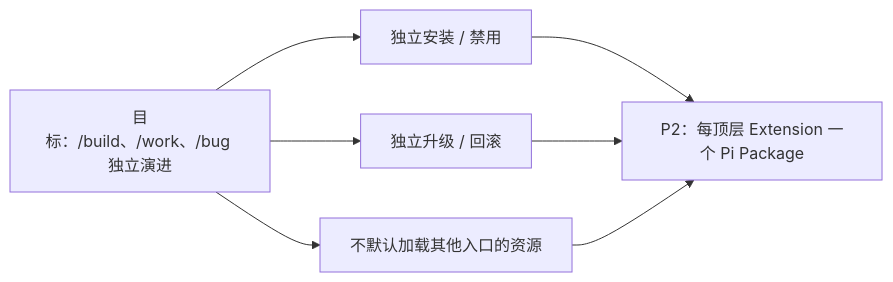
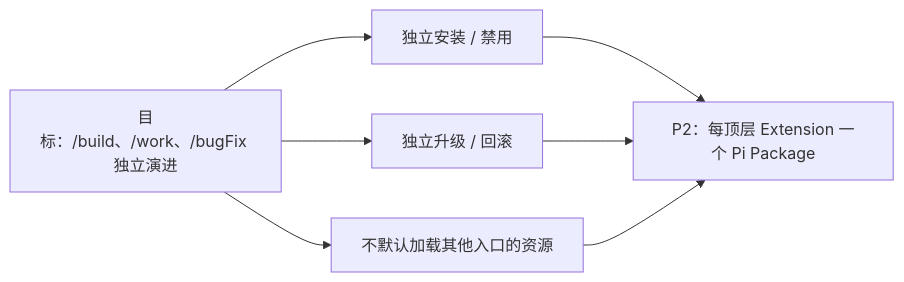
Before and after one commit to ZHOUKAILIAN/my-pi-extension: the third of 10 diagrams in docs/00-repository-organization/technical-design.md, drawn with Mermaid. The commit also changed other lines of this file and 29 other files, not shown here.

````diff
--- a/docs/00-repository-organization/technical-design.md
+++ b/docs/00-repository-organization/technical-design.md
@@ -121,9 +121,9 @@
 ```mermaid
 flowchart LR
-    need[目标：/build、/work、/bug 独立演进] --> install[独立安装 / 禁用]
+    need[目标：/build、/work、/bugFix 独立演进] --> install[独立安装 / 禁用]
     need --> release[独立升级 / 回滚]
     need --> surface[不默认加载其他入口的资源]
     install --> p2[P2：每顶层 Extension 一个 Pi Package]
     release --> p2
     surface --> p2
 ```
````
